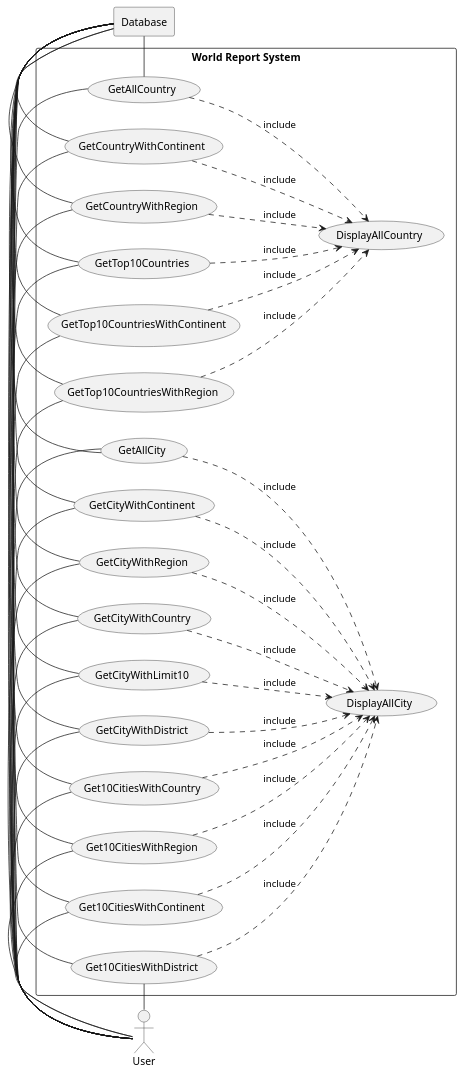
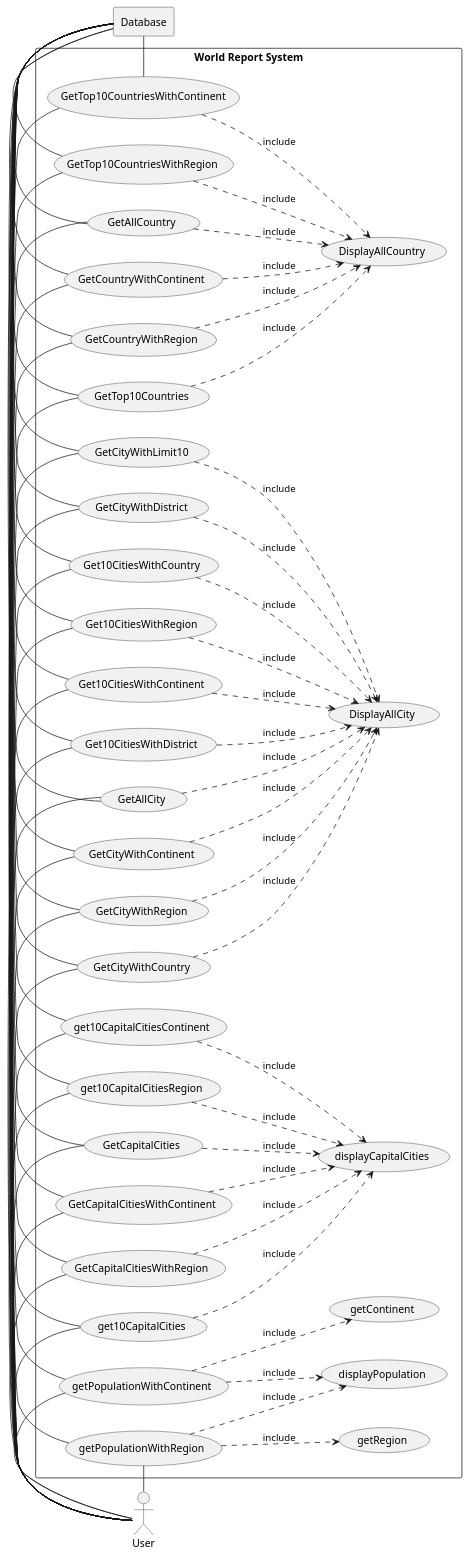
One commit to groupgp1/group1 changed the diagram in use-cases/usecase.puml. Above: the diagram before and after it, drawn with PlantUML.

Commit message:
adjust usecase diagram

```diff
--- a/use-cases/usecase.puml
+++ b/use-cases/usecase.puml
@@ -1,82 +1,121 @@
 @startuml
 
 actor user as "User"
 
 rectangle Database
 left to right direction
 
 rectangle "World Report System" {
 
     usecase UC1 as "GetAllCountry"
     usecase UCa as "DisplayAllCountry"
     usecase UCb as "DisplayAllCity"
     usecase UC2 as "GetCountryWithContinent"
     usecase UC3 as "GetCountryWithRegion"
     usecase UC4 as "GetTop10Countries"
     usecase UC5 as "GetTop10CountriesWithContinent"
     usecase UC6 as "GetTop10CountriesWithRegion"
     usecase UC7 as "GetAllCity"
     usecase UC8 as "GetCityWithContinent"
     usecase UC9 as "GetCityWithRegion"
     usecase UC10 as "GetCityWithCountry"
     usecase UC11 as "GetCityWithLimit10"
     usecase UC12 as "GetCityWithDistrict"
     usecase UC13 as "Get10CitiesWithCountry"
     usecase UC14 as "Get10CitiesWithRegion"
     usecase UC15 as "Get10CitiesWithContinent"
     usecase UC16 as "Get10CitiesWithDistrict"
+    usecase UC17 as "GetCapitalCities"
+    usecase UCc as "displayCapitalCities"
+    usecase UC18 as "GetCapitalCitiesWithContinent"
+    usecase UC19 as "GetCapitalCitiesWithRegion"
+    usecase UC20 as "get10CapitalCities"
+    usecase UC21 as "get10CapitalCitiesContinent"
+    usecase UC22 as "get10CapitalCitiesRegion"
+    usecase UCd as "displayPopulation"
+    usecase UCe as "getRegion"
+    usecase UCf as "getContinent"
+    usecase UC23 as "getPopulationWithContinent"
+    usecase UC24 as "getPopulationWithRegion"
 
     user - UC1
     user - UC2
     user - UC3
     user - UC4
     user - UC5
     user - UC6
     user - UC7
     user - UC8
     user - UC9
     user - UC10
     user - UC11
     user - UC12
     user - UC13
     user - UC14
     user - UC15
     user - UC16
+    user - UC17
+    user - UC18
+    user - UC19
+    user - UC20
+    user - UC21
+    user - UC22
+    user - UC23
+    user - UC24
 
     UC1 ..> UCa : include
     UC2 ..> UCa : include
     UC3 ..> UCa : include
     UC4 ..> UCa : include
     UC5 ..> UCa : include
     UC6 ..> UCa : include
     UC7 ..> UCb : include
     UC8 ..> UCb : include
     UC9 ..> UCb : include
     UC10 ..> UCb : include
     UC11 ..> UCb : include
     UC12 ..> UCb : include
     UC13 ..> UCb : include
     UC14 ..> UCb : include
     UC15 ..> UCb : include
     UC16 ..> UCb : include
+    UC17 ..> UCc : include
+    UC18 ..> UCc : include
+    UC19 ..> UCc : include
+    UC20 ..> UCc : include
+    UC21 ..> UCc : include
+    UC22 ..> UCc : include
+    UC23 ..> UCd : include
+    UC24 ..> UCd : include
+    UC23 ..> UCf : include
+    UC24 ..> UCe : include
 
     UC1 - Database
     UC2 - Database
     UC3 - Database
     UC4 - Database
     UC5 - Database
     UC6 - Database
     UC7 - Database
     UC8 - Database
     UC9 - Database
     UC10 - Database
     UC11 - Database
     UC12 - Database
     UC13 - Database
     UC14 - Database
     UC15 - Database
     UC16 - Database
+    UC17 - Database
+    UC18 - Database
+    UC19 - Database
+    UC20 - Database
+    UC21 - Database
+    UC22 - Database
+    UC23 - Database
+    UC24 - Database
+
 
 }
 
 @enduml
```
